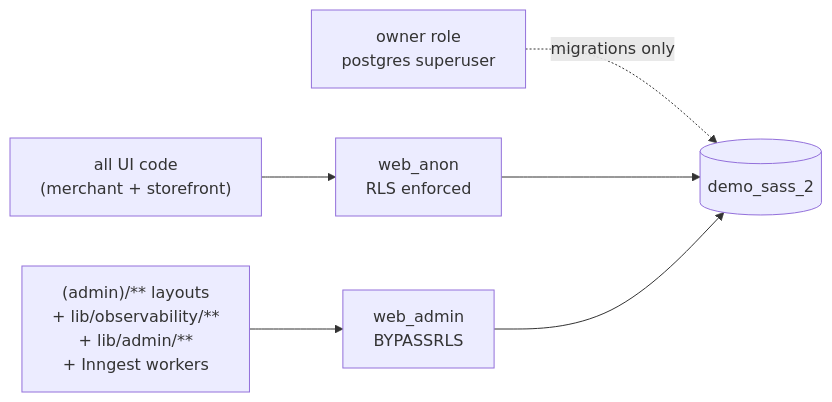
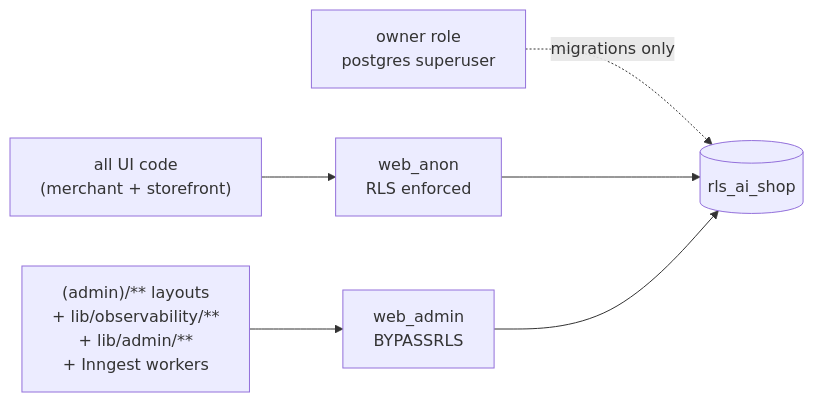
The second of 4 diagrams in ARCHITECTURE.md (vincent97277/ai-powered-e-commerce-listing), drawn with Mermaid before and after one commit. The commit also changed 16 other files, not shown here.

````diff
--- a/ARCHITECTURE.md
+++ b/ARCHITECTURE.md
@@ -135,9 +135,9 @@
 ```mermaid
 graph LR
-  Owner[owner role<br/>postgres superuser] -. "migrations only" .-> DB[(demo_sass_2)]
+  Owner[owner role<br/>postgres superuser] -. "migrations only" .-> DB[(rls_ai_shop)]
   WebAnon[web_anon<br/>RLS enforced] --> DB
   WebAdmin[web_admin<br/>BYPASSRLS] --> DB
 
   UserCode["all UI code<br/>(merchant + storefront)"] --> WebAnon
   AdminCode["(admin)/** layouts<br/>+ lib/observability/**<br/>+ lib/admin/**<br/>+ Inngest workers"] --> WebAdmin
 ```
````
